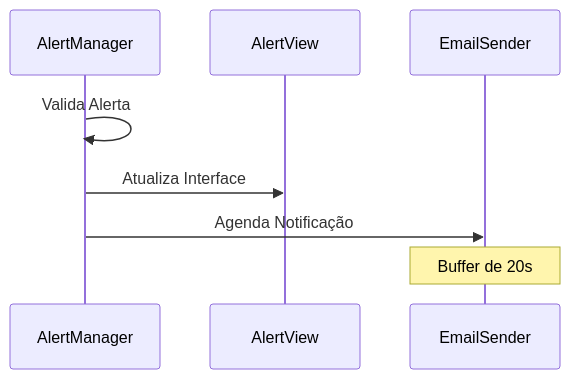
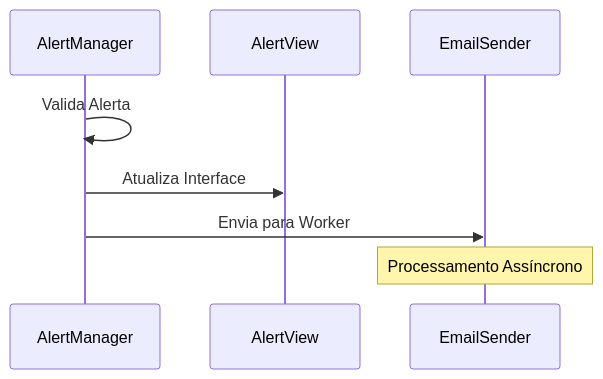
One commit to lucaspics/FIAP-POS-TECH-Grupo-18 changed the fourth of 8 diagrams in Hackathon/Lucca Fortino/docs/technical/data_flow.md. Above: the diagram before and after it, drawn with Mermaid. The commit also changed 3 other files, not shown here.

````diff
--- a/Hackathon/Lucca Fortino/docs/technical/data_flow.md
+++ b/Hackathon/Lucca Fortino/docs/technical/data_flow.md
@@ -60,11 +60,11 @@
 ```mermaid
 sequenceDiagram
     participant AM as AlertManager
     participant AV as AlertView
     participant ES as EmailSender
     
     AM->>AM: Valida Alerta
     AM->>AV: Atualiza Interface
-    AM->>ES: Agenda Notificação
-    Note over ES: Buffer de 20s
+    AM->>ES: Envia para Worker
+    Note over ES: Processamento Assíncrono
 ```
````
